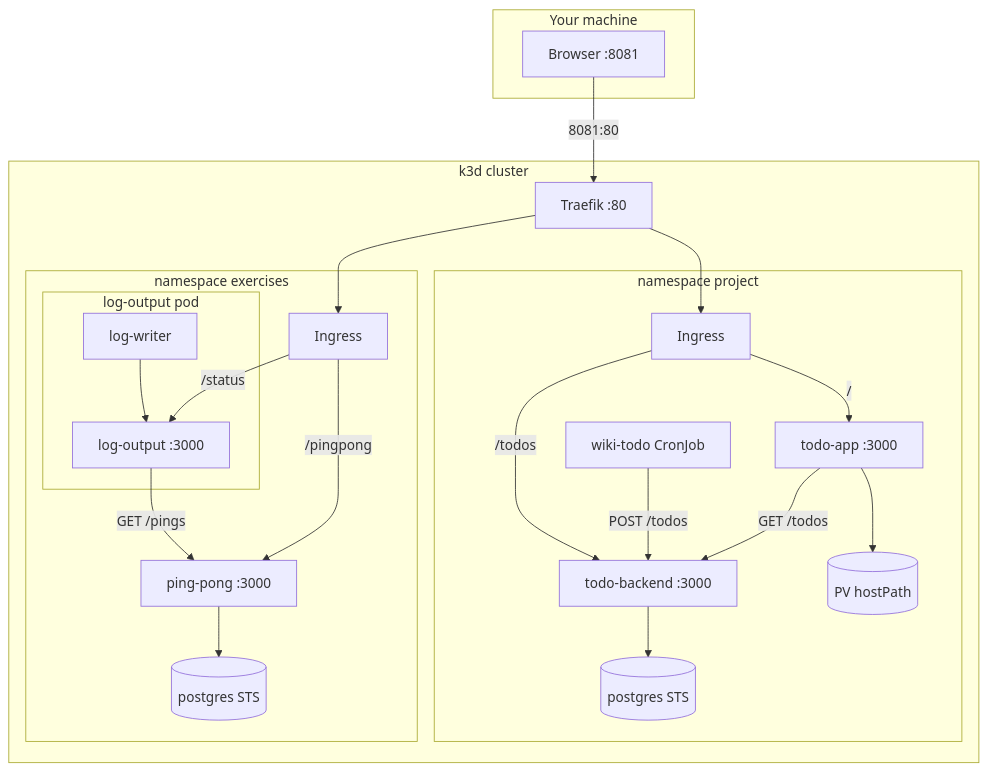
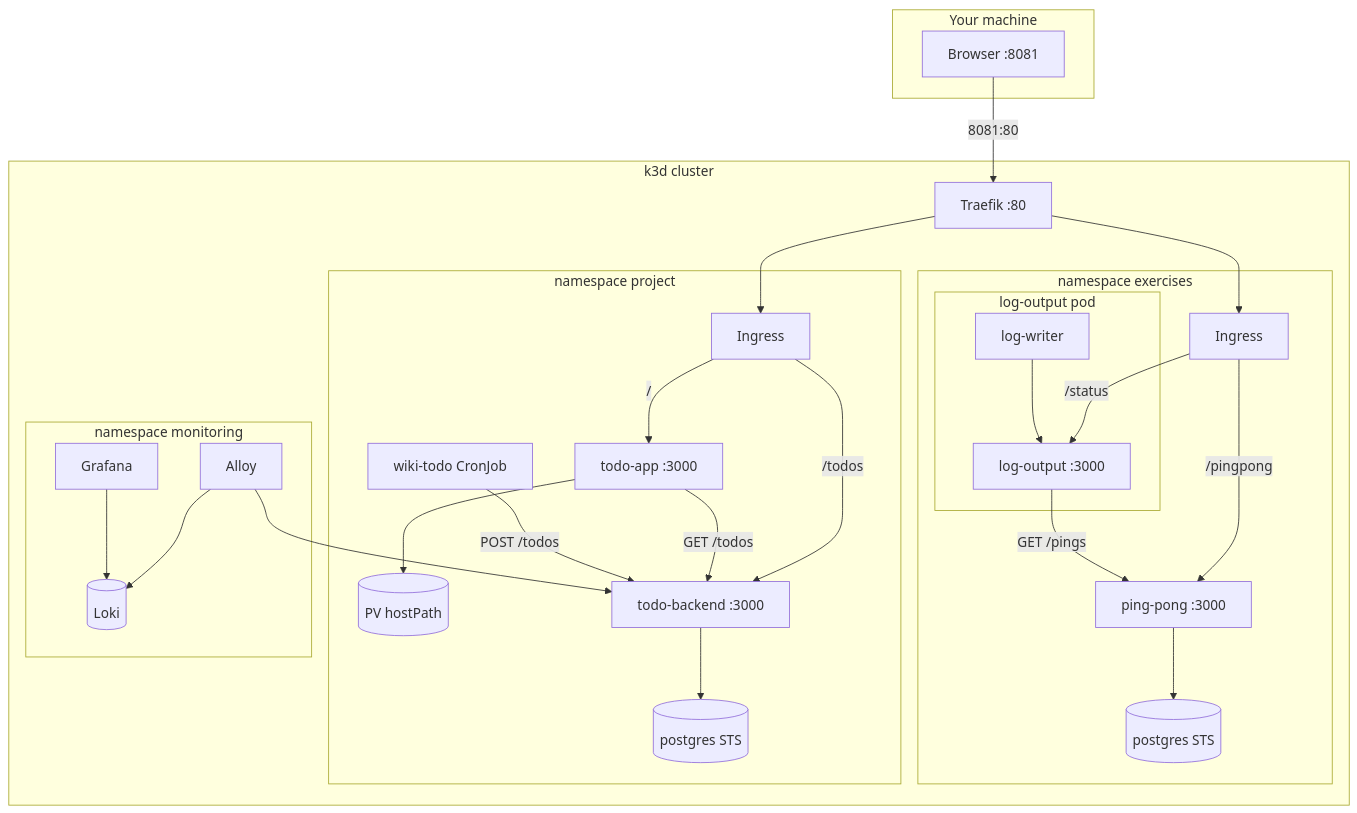
One commit to wmahad/k8s-hands-on changed the diagram in README.md. Above: the diagram before and after it, drawn with Mermaid. The commit also changed other lines of this file and 6 other files, not shown here.

Commit message:
feat: log todos and add Loki Grafana via Helm

````diff
--- a/README.md
+++ b/README.md
@@ -43,42 +44,50 @@
 ```mermaid
 flowchart TB
   subgraph host [Your machine]
     B[Browser :8081]
   end
 
   subgraph k3d [k3d cluster]
     T[Traefik :80]
     subgraph exercisesNs [namespace exercises]
       EIG[Ingress]
       subgraph lopod [log-output pod]
         W[log-writer]
         LO[log-output :3000]
       end
       PP[ping-pong :3000]
       PPG[(postgres STS)]
     end
     subgraph projectNs [namespace project]
       PIG[Ingress]
       PV[(PV hostPath)]
       TA[todo-app :3000]
       TB[todo-backend :3000]
       TPG[(postgres STS)]
       CJ[wiki-todo CronJob]
     end
+    subgraph monitoringNs [namespace monitoring]
+      AL[Alloy]
+      LK[(Loki)]
+      GF[Grafana]
+    end
   end
 
   B -->|8081:80| T
   T --> EIG
   T --> PIG
   EIG -->|"/pingpong"| PP
   EIG -->|"/status"| LO
   PIG -->|"/todos"| TB
   PIG -->|"/"| TA
   LO -->|"GET /pings"| PP
   TA -->|"GET /todos"| TB
   PP --> PPG
   TB --> TPG
   CJ -->|"POST /todos"| TB
   W --> LO
   TA --> PV
+  AL --> TB
+  AL --> LK
+  GF --> LK
 ```
````
